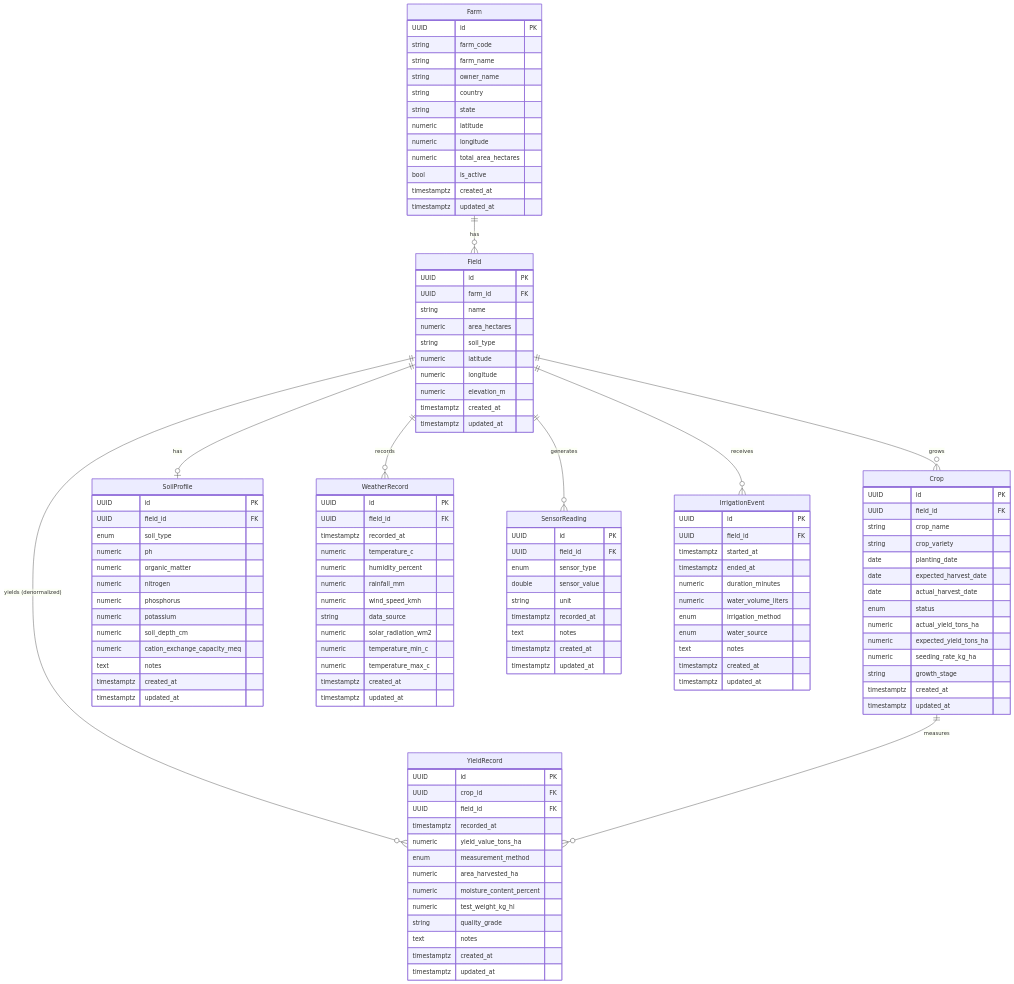
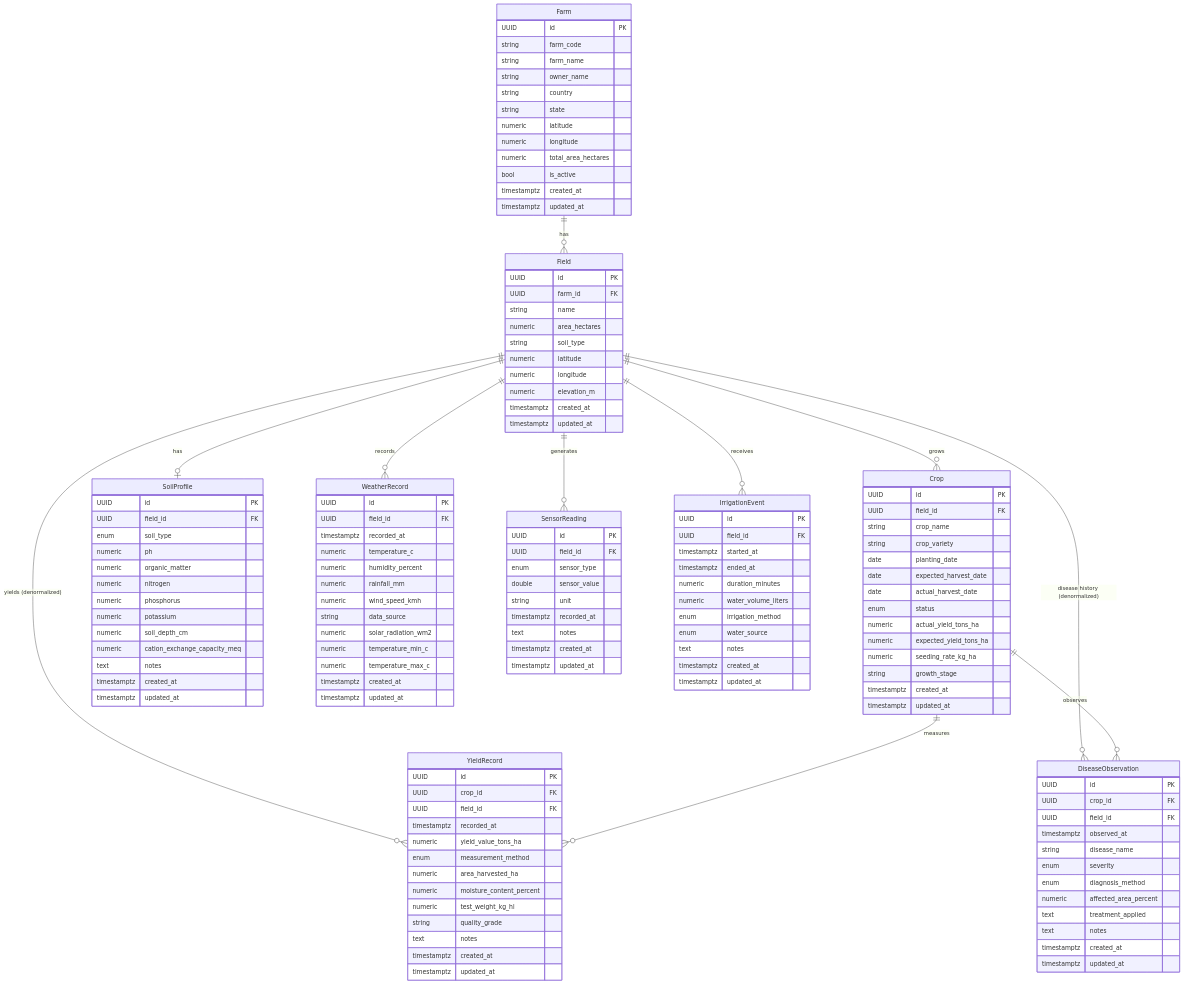
Before and after one commit to santoshnarayanan/AGRIFLOW-AI: the sixth of 12 diagrams in docs/08-phase-architecture-handbook.md, drawn with Mermaid. The commit also changed other lines of this file and 1 other file, not shown here.

````diff
--- a/docs/08-phase-architecture-handbook.md
+++ b/docs/08-phase-architecture-handbook.md
@@ -1326,6 +1527,21 @@
         timestamptz updated_at
     }
 
+    DiseaseObservation {
+        UUID id PK
+        UUID crop_id FK
+        UUID field_id FK
+        timestamptz observed_at
+        string disease_name
+        enum severity
+        enum diagnosis_method
+        numeric affected_area_percent
+        text treatment_applied
+        text notes
+        timestamptz created_at
+        timestamptz updated_at
+    }
+
     Farm ||--o{ Field : "has"
     Field ||--o{ Crop : "grows"
     Field ||--o| SoilProfile : "has"
@@ -1333,5 +1549,7 @@
     Field ||--o{ SensorReading : "generates"
     Field ||--o{ IrrigationEvent : "receives"
     Field ||--o{ YieldRecord : "yields (denormalized)"
+    Field ||--o{ DiseaseObservation : "disease history (denormalized)"
     Crop ||--o{ YieldRecord : "measures"
+    Crop ||--o{ DiseaseObservation : "observes"
 ```
````
